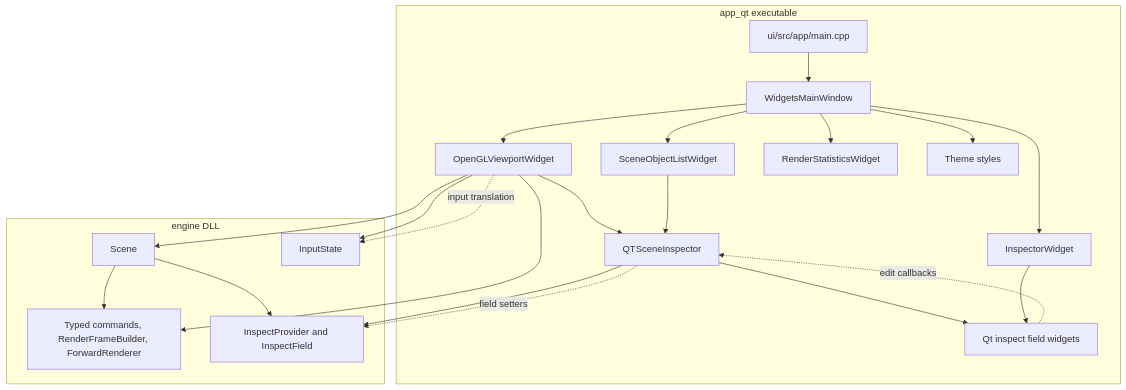
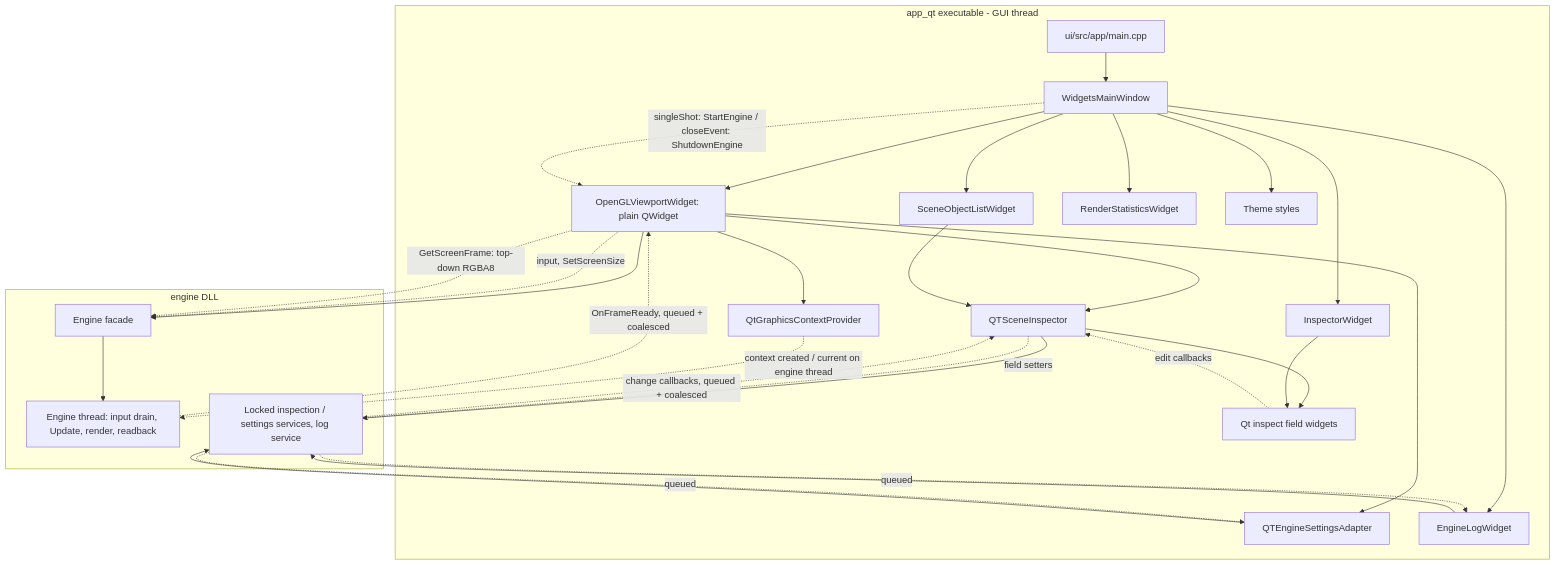
The diagram in ui/docs/architecture.mmd (Borobalaz/DTI-MRI-Imaging), drawn with Mermaid before and after one commit. The commit also changed 94 other files, not shown here.

```diff
--- a/ui/docs/architecture.mmd
+++ b/ui/docs/architecture.mmd
@@ -1,39 +1,50 @@
 flowchart TD
-    subgraph App[app_qt executable]
+    subgraph App[app_qt executable - GUI thread]
         Main[ui/src/app/main.cpp]
         Window[WidgetsMainWindow]
-        Viewport[OpenGLViewportWidget]
+        Viewport[OpenGLViewportWidget: plain QWidget]
+        Provider[QtGraphicsContextProvider]
         Inspector[InspectorWidget]
         ObjectList[SceneObjectListWidget]
         Adapter[QTSceneInspector]
+        Settings[QTEngineSettingsAdapter]
+        Log[EngineLogWidget]
         Fields[Qt inspect field widgets]
         Stats[RenderStatisticsWidget]
         Styles[Theme styles]
     end
 
     subgraph Engine[engine DLL]
-        Scene[Scene]
-        Input[InputState]
-        Render[Typed commands, RenderFrameBuilder, ForwardRenderer]
-        Contracts[InspectProvider and InspectField]
+        Facade[Engine facade]
+        EngineThread[Engine thread: input drain, Update, render, readback]
+        Services[Locked inspection / settings services, log service]
     end
 
     Main --> Window
     Window --> Viewport
     Window --> Inspector
     Window --> ObjectList
     Window --> Stats
+    Window --> Log
     Window --> Styles
+    Window -. singleShot: StartEngine / closeEvent: ShutdownEngine .-> Viewport
+    Viewport --> Provider
+    Viewport --> Facade
+    Provider -. context created / current on engine thread .-> EngineThread
+    Facade --> EngineThread
+    Viewport -. input, SetScreenSize .-> Facade
+    EngineThread -. OnFrameReady, queued + coalesced .-> Viewport
+    Viewport -. GetScreenFrame: top-down RGBA8 .-> Facade
     Viewport --> Adapter
-    Viewport --> Scene
-    Viewport --> Render
-    Viewport --> Input
-    Adapter --> Contracts
+    Viewport --> Settings
+    Adapter --> Services
+    Settings --> Services
+    Log --> Services
+    Services -. change callbacks, queued + coalesced .-> Adapter
+    Services -. queued .-> Settings
+    Services -. queued .-> Log
     Adapter --> Fields
     ObjectList --> Adapter
     Inspector --> Fields
     Fields -. edit callbacks .-> Adapter
-    Adapter -. field setters .-> Contracts
-    Viewport -. input translation .-> Input
-    Scene --> Contracts
-    Scene --> Render
+    Adapter -. field setters .-> Services
```
